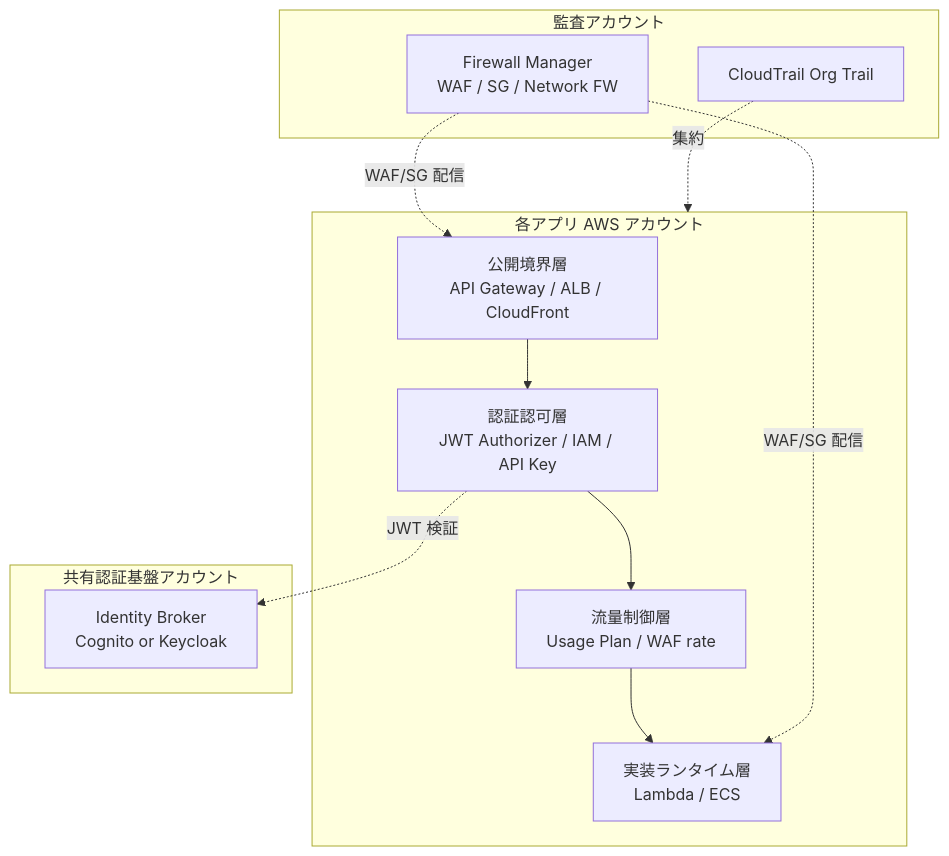
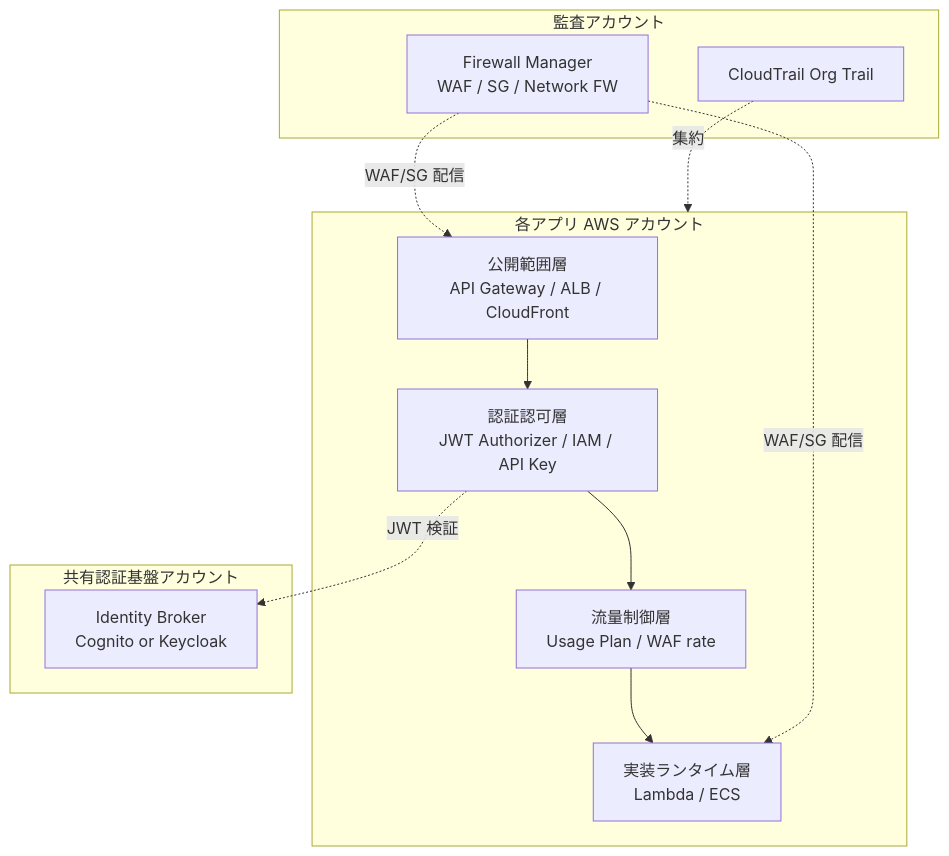
Before and after one commit to suepie/aws-atuh-poc: the second of 4 diagrams in doc/api-platform/requirements-document-structure.md, drawn with Mermaid. The commit also changed other lines of this file and 27 other files, not shown here.

````diff
--- a/doc/api-platform/requirements-document-structure.md
+++ b/doc/api-platform/requirements-document-structure.md
@@ -95,24 +95,24 @@
 ```mermaid
 flowchart TB
     subgraph App[各アプリ AWS アカウント]
-        L1[公開境界層<br/>API Gateway / ALB / CloudFront]
+        L1[公開範囲層<br/>API Gateway / ALB / CloudFront]
         L2[認証認可層<br/>JWT Authorizer / IAM / API Key]
         L3[流量制御層<br/>Usage Plan / WAF rate]
         L4[実装ランタイム層<br/>Lambda / ECS]
         L1 --> L2 --> L3 --> L4
     end
 
     subgraph Auth[共有認証基盤アカウント]
         IdP[Identity Broker<br/>Cognito or Keycloak]
     end
 
     subgraph Audit[監査アカウント]
         FMS[Firewall Manager<br/>WAF / SG / Network FW]
         CT[CloudTrail Org Trail]
     end
 
     L2 -.JWT 検証.-> IdP
     FMS -.WAF/SG 配信.-> L1
     FMS -.WAF/SG 配信.-> L4
     CT -.集約.-> App
 ```
````
